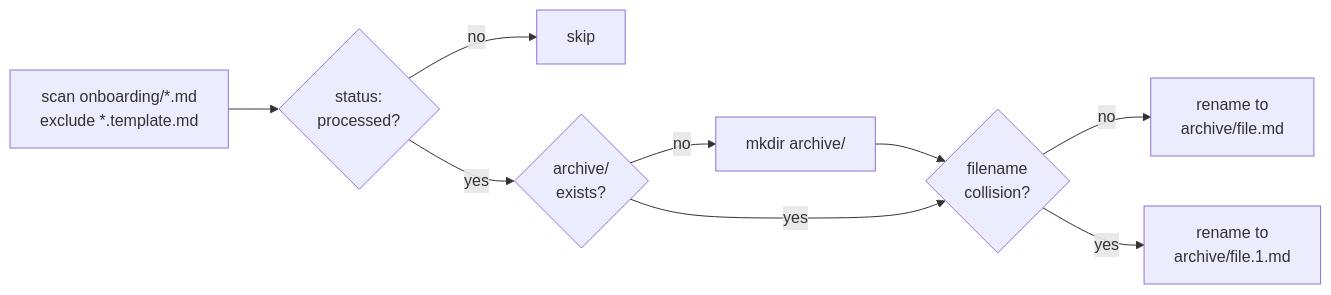
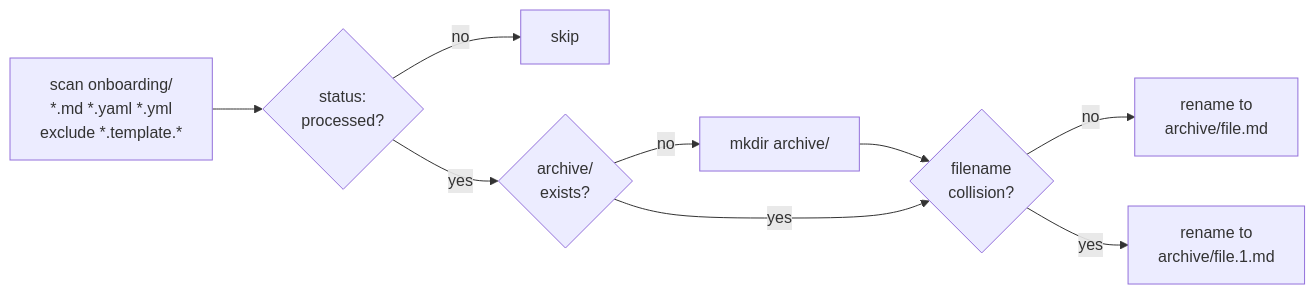
Before and after one commit to awesomejt/agent-workbench: the third of 4 diagrams in docs/Onboarding.md, drawn with Mermaid. The commit also changed other lines of this file and 4 other files, not shown here.

````diff
--- a/docs/Onboarding.md
+++ b/docs/Onboarding.md
@@ -155,11 +202,11 @@
 ```mermaid
 flowchart LR
-    A[scan onboarding/*.md\nexclude *.template.md] --> B{status:\nprocessed?}
+    A[scan onboarding/\n*.md *.yaml *.yml\nexclude *.template.*] --> B{status:\nprocessed?}
     B -->|no| C[skip]
     B -->|yes| D{archive/\nexists?}
     D -->|no| E[mkdir archive/]
     E --> F
     D -->|yes| F{filename\ncollision?}
     F -->|no| G[rename to\narchive/file.md]
     F -->|yes| H[rename to\narchive/file.1.md]
 ```
````
